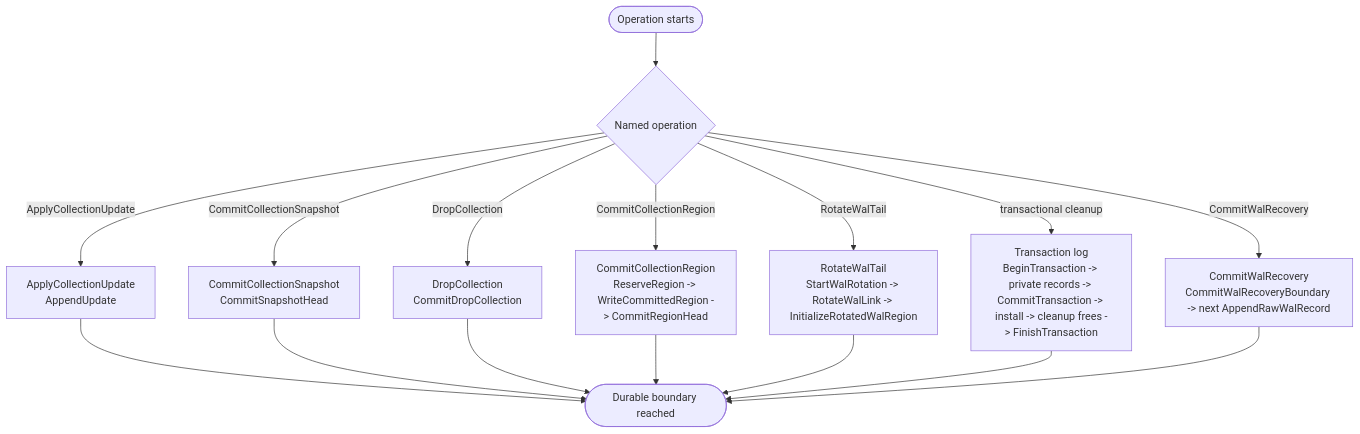
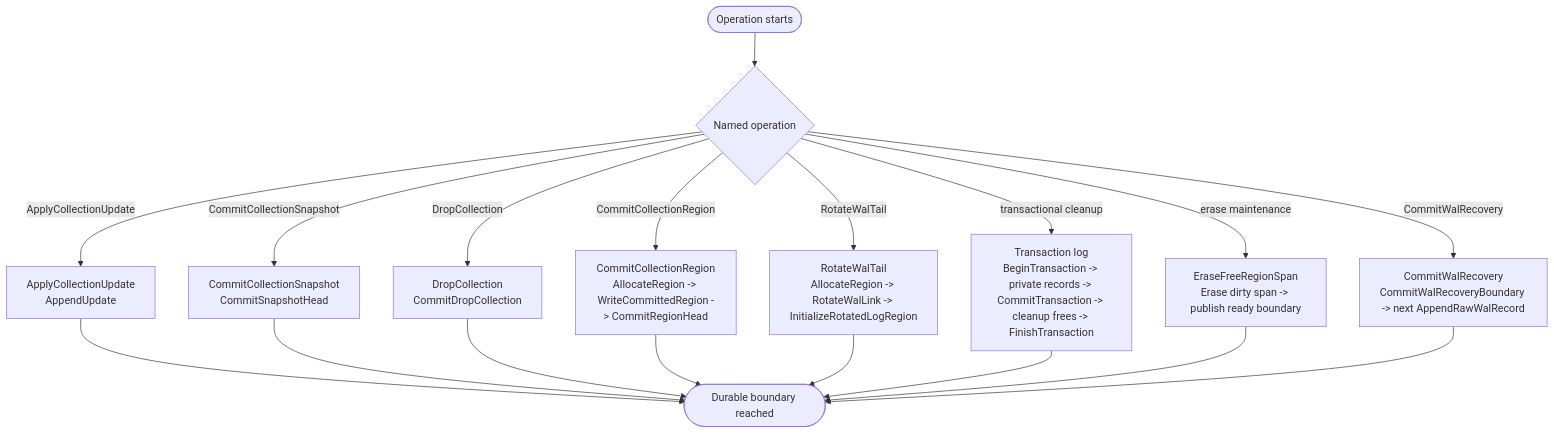
One commit to moore/borromean changed the first of 3 diagrams in spec/ring/08-durability-formatting.md. Above: the diagram before and after it, drawn with Mermaid. The commit also changed other lines of this file and 10 other files, not shown here.

Commit message:
update free region tracking

````diff
--- a/spec/ring/08-durability-formatting.md
+++ b/spec/ring/08-durability-formatting.md
@@ -77,30 +108,33 @@
 ```mermaid
 %%{init: {"flowchart": {"wrappingWidth": 180}} }%%
 flowchart TD
     Request([Operation starts])
     Kind{"`Named operation`"}
     Update["`ApplyCollectionUpdate
 AppendUpdate`"]
     Snapshot["`CommitCollectionSnapshot
 CommitSnapshotHead`"]
     Drop["`DropCollection
 CommitDropCollection`"]
     RegionCommit["`CommitCollectionRegion
-ReserveRegion -> WriteCommittedRegion -> CommitRegionHead`"]
+AllocateRegion -> WriteCommittedRegion -> CommitRegionHead`"]
     Rotation["`RotateWalTail
-StartWalRotation -> RotateWalLink -> InitializeRotatedWalRegion`"]
+AllocateRegion -> RotateWalLink -> InitializeRotatedLogRegion`"]
     Reclaim["`Transaction log
-BeginTransaction -> private records -> CommitTransaction -> install -> cleanup frees -> FinishTransaction`"]
+BeginTransaction -> private records -> CommitTransaction -> cleanup frees -> FinishTransaction`"]
+    Erase["`EraseFreeRegionSpan
+Erase dirty span -> publish ready boundary`"]
     Recovery["`CommitWalRecovery
 CommitWalRecoveryBoundary -> next AppendRawWalRecord`"]
     Durable([Durable boundary reached])
 
     Request --> Kind
     Kind -->|ApplyCollectionUpdate| Update --> Durable
     Kind -->|CommitCollectionSnapshot| Snapshot --> Durable
     Kind -->|DropCollection| Drop --> Durable
     Kind -->|CommitCollectionRegion| RegionCommit --> Durable
     Kind -->|RotateWalTail| Rotation --> Durable
     Kind -->|transactional cleanup| Reclaim --> Durable
+    Kind -->|erase maintenance| Erase --> Durable
     Kind -->|CommitWalRecovery| Recovery --> Durable
 ```
````
